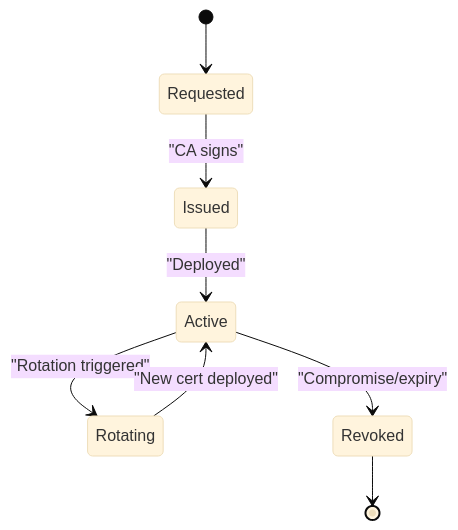
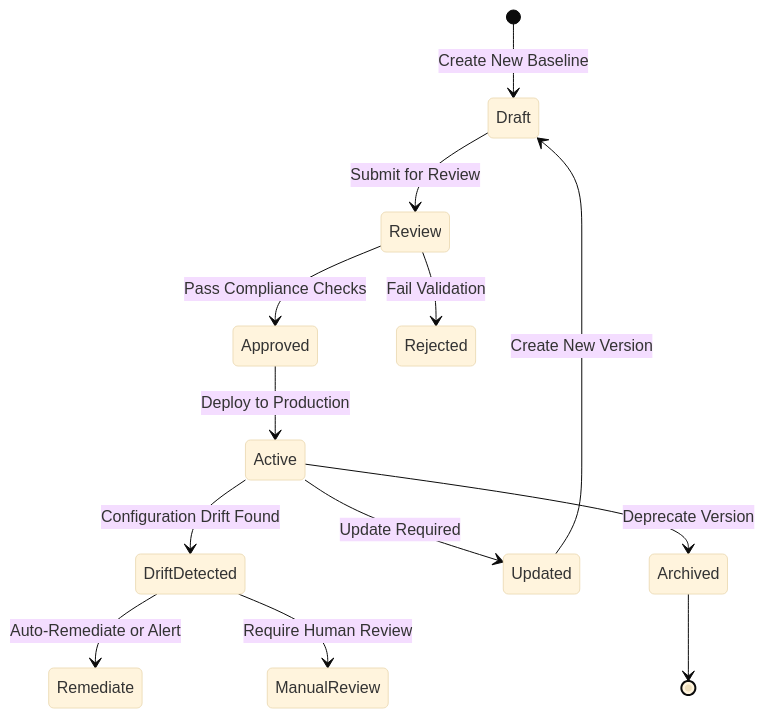
One commit to shakthi-vinayak/network-automation changed the fifth of 9 diagrams in .qoder/repowiki/en/content/Architecture & Design/Security & Compliance Architecture.md. Above: the diagram before and after it, drawn with Mermaid (base theme). The commit also changed other lines of this file and 144 other files, not shown here.

````diff
--- a/.qoder/repowiki/en/content/Architecture & Design/Security & Compliance Architecture.md
+++ b/.qoder/repowiki/en/content/Architecture & Design/Security & Compliance Architecture.md
@@ -281,10 +325,15 @@
 ```mermaid
 stateDiagram-v2
-[*] --> Requested
-Requested --> Issued : "CA signs"
-Issued --> Active : "Deployed"
-Active --> Rotating : "Rotation triggered"
-Rotating --> Active : "New cert deployed"
-Active --> Revoked : "Compromise/expiry"
-Revoked --> [*]
+[*] --> Draft : Create New Baseline
+Draft --> Review : Submit for Review
+Review --> Approved : Pass Compliance Checks
+Review --> Rejected : Fail Validation
+Approved --> Active : Deploy to Production
+Active --> DriftDetected : Configuration Drift Found
+DriftDetected --> Remediate : Auto-Remediate or Alert
+DriftDetected --> ManualReview : Require Human Review
+Active --> Updated : Update Required
+Updated --> Draft : Create New Version
+Active --> Archived : Deprecate Version
+Archived --> [*]
 ```
````
